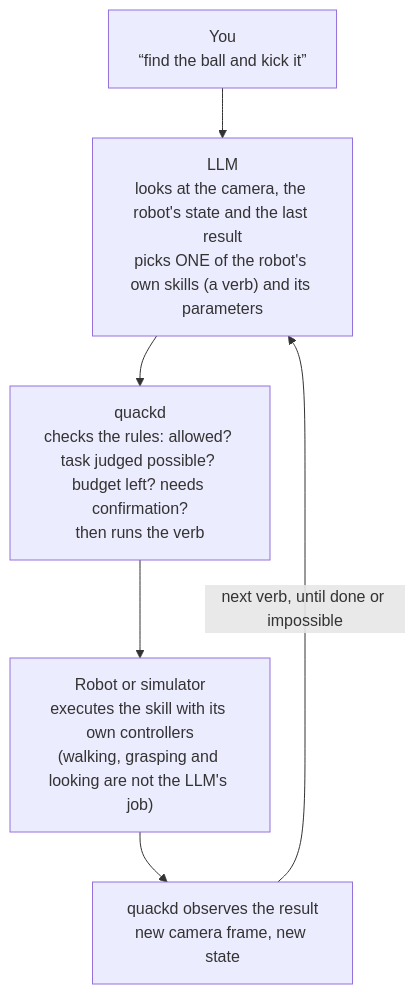
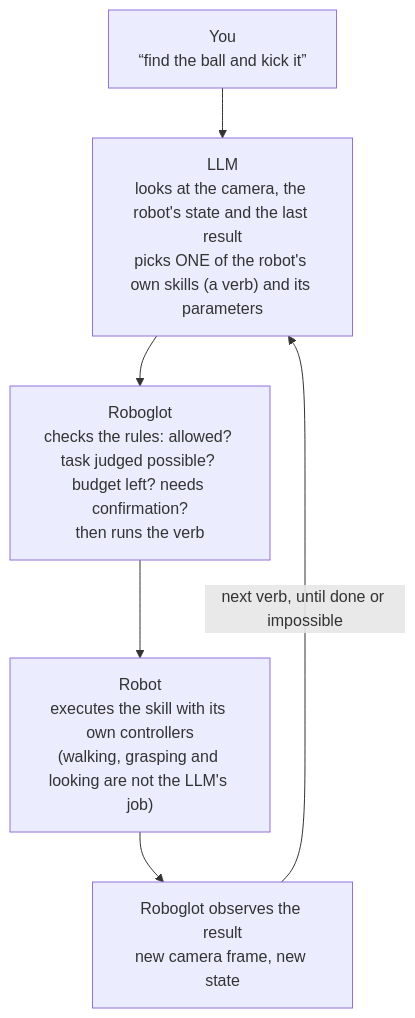
One commit to zqf20096327/ai_collect changed the first of 2 diagrams in data/readmes/rokbenko__quackd.md. Above: the diagram before and after it, drawn with Mermaid. The commit also changed other lines of this file and 2086 other files, not shown here.

````diff
--- a/data/readmes/rokbenko__quackd.md
+++ b/data/readmes/rokbenko__quackd.md
@@ -397,10 +395,10 @@
 ```mermaid
 flowchart TD
     YOU["You<br/>“find the ball and kick it”"]
     LLM["LLM<br/>looks at the camera, the robot's state and the last result<br/>picks ONE of the robot's own skills (a verb) and its parameters"]
-    Q["quackd<br/>checks the rules: allowed? task judged possible? budget left? needs confirmation?<br/>then runs the verb"]
-    R["Robot or simulator<br/>executes the skill with its own controllers<br/>(walking, grasping and looking are not the LLM's job)"]
-    O["quackd observes the result<br/>new camera frame, new state"]
+    Q["Roboglot<br/>checks the rules: allowed? task judged possible? budget left? needs confirmation?<br/>then runs the verb"]
+    R["Robot<br/>executes the skill with its own controllers<br/>(walking, grasping and looking are not the LLM's job)"]
+    O["Roboglot observes the result<br/>new camera frame, new state"]
     YOU --> LLM --> Q --> R --> O
     O -- "next verb, until done or impossible" --> LLM
 ```
````
